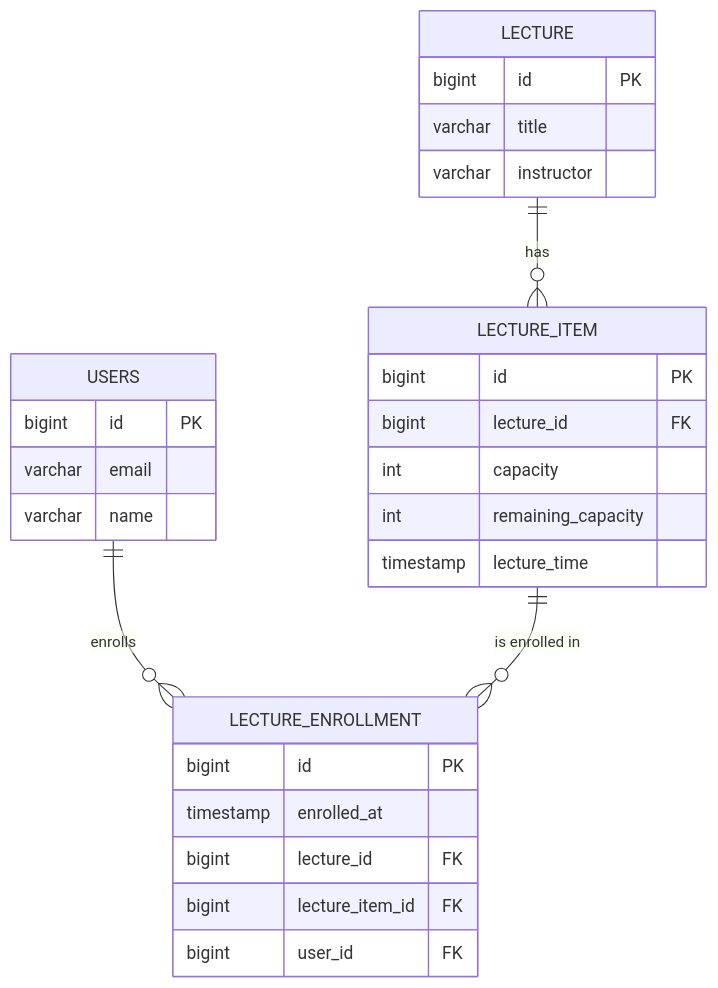
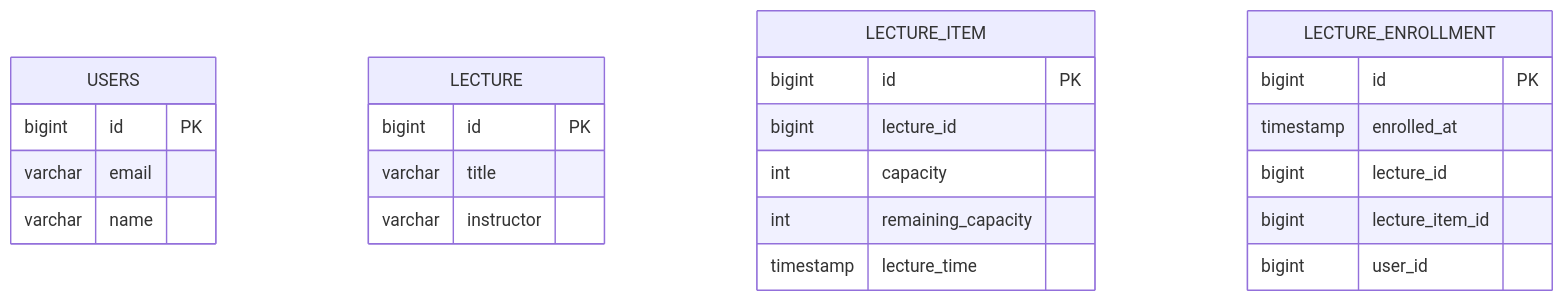
The diagram in docs/erd_overview.md (rueun/hhplus-clean-architecture), drawn with Mermaid before and after one commit.

Commit message:
docs: erd 구조 변경 (FK 제거)

````diff
--- a/docs/erd_overview.md
+++ b/docs/erd_overview.md
@@ -4,34 +4,30 @@
 ```mermaid
 erDiagram
     USERS {
         bigint id PK
         varchar email
         varchar name
     }
 
     LECTURE {
         bigint id PK
         varchar title
         varchar instructor
     }
 
     LECTURE_ITEM {
         bigint id PK
-        bigint lecture_id FK
+        bigint lecture_id
         int capacity
         int remaining_capacity
         timestamp lecture_time
     }
 
     LECTURE_ENROLLMENT {
         bigint id PK
         timestamp enrolled_at
-        bigint lecture_id FK
-        bigint lecture_item_id FK
-        bigint user_id FK
+        bigint lecture_id
+        bigint lecture_item_id
+        bigint user_id
     }
-
-    USERS ||--o{ LECTURE_ENROLLMENT : "enrolls"
-    LECTURE ||--o{ LECTURE_ITEM : "has"
-    LECTURE_ITEM ||--o{ LECTURE_ENROLLMENT : "is enrolled in"
 ```
````
